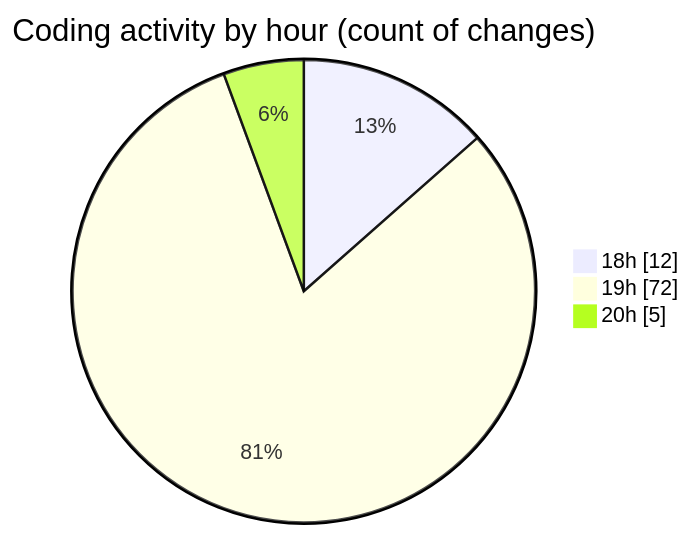
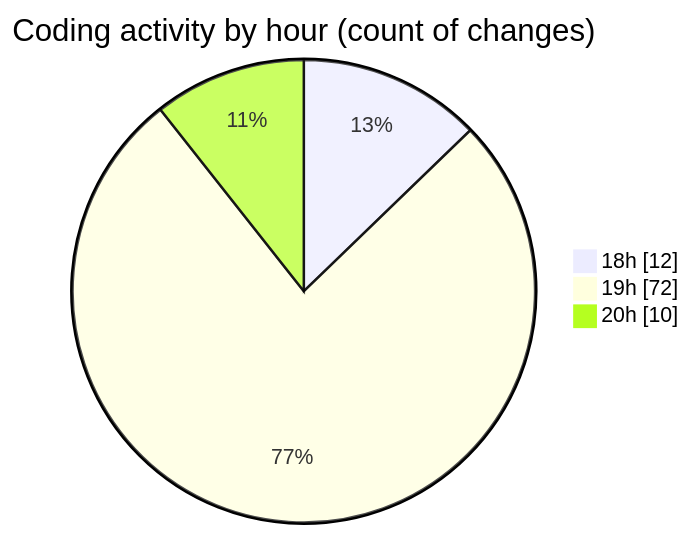
Before and after one commit to MatusMokan/code-tracking: the second of 2 diagrams in 2025-03-14/myws__workspace_/README.md, drawn with Mermaid. The commit also changed other lines of this file and 1 other file, not shown here.

````diff
--- a/2025-03-14/myws__workspace_/README.md
+++ b/2025-03-14/myws__workspace_/README.md
@@ -30,7 +30,7 @@
 ```mermaid
 pie showData
 title Coding activity by hour (count of changes)
 "18h" : 12
 "19h" : 72
-"20h" : 5
+"20h" : 10
 ```
````
